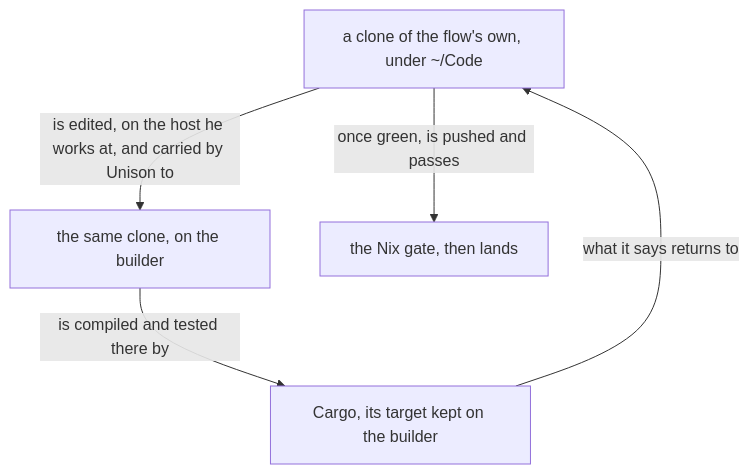
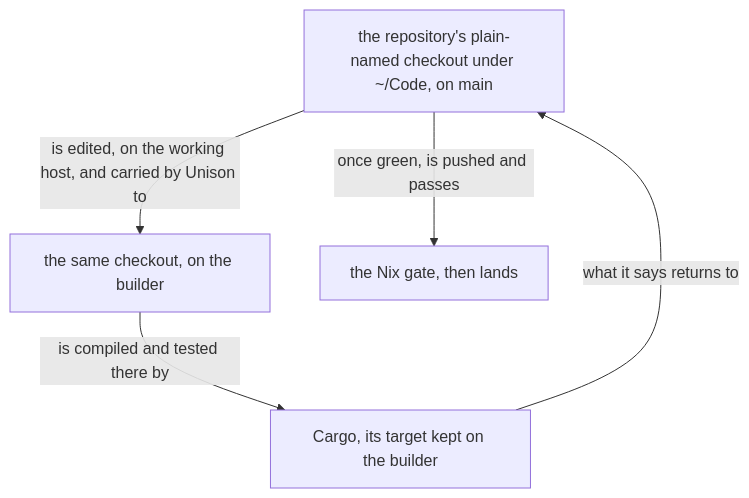
The diagram in knowledge/development/0.md (LiGoldragon/mind-belief), drawn with Mermaid before and after one commit. The commit also changed other lines of this file and 5 other files, not shown here.

````diff
--- a/knowledge/development/0.md
+++ b/knowledge/development/0.md
@@ -8,7 +8,7 @@
 ```mermaid
 flowchart TB
-    c["a clone of the flow's own, under ~/Code"] -- "is edited, on the host he works at, and carried by Unison to" --> b["the same clone, on the builder"]
+    c["the repository's plain-named checkout under ~/Code, on main"] -- "is edited, on the working host, and carried by Unison to" --> b["the same checkout, on the builder"]
     b -- "is compiled and tested there by" --> k["Cargo, its target kept on the builder"]
     k -- "what it says returns to" --> c
     c -- "once green, is pushed and passes" --> g["the Nix gate, then lands"]
 ```
````
